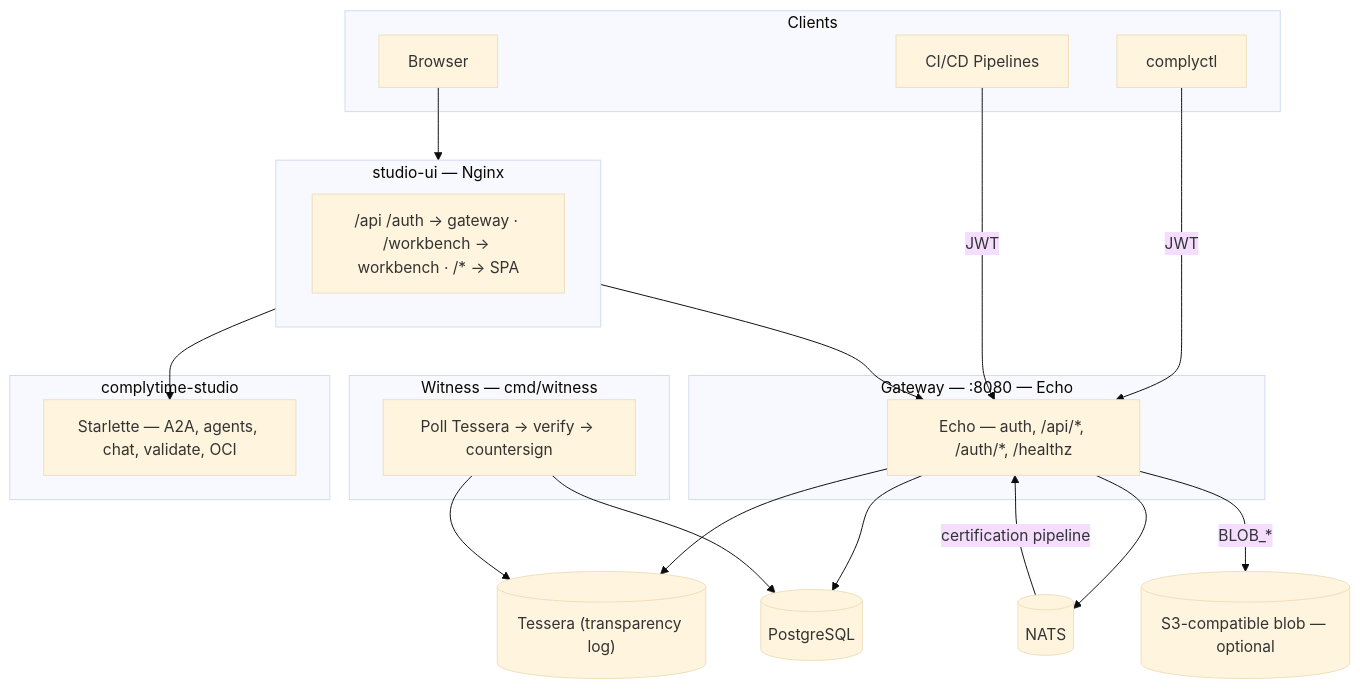
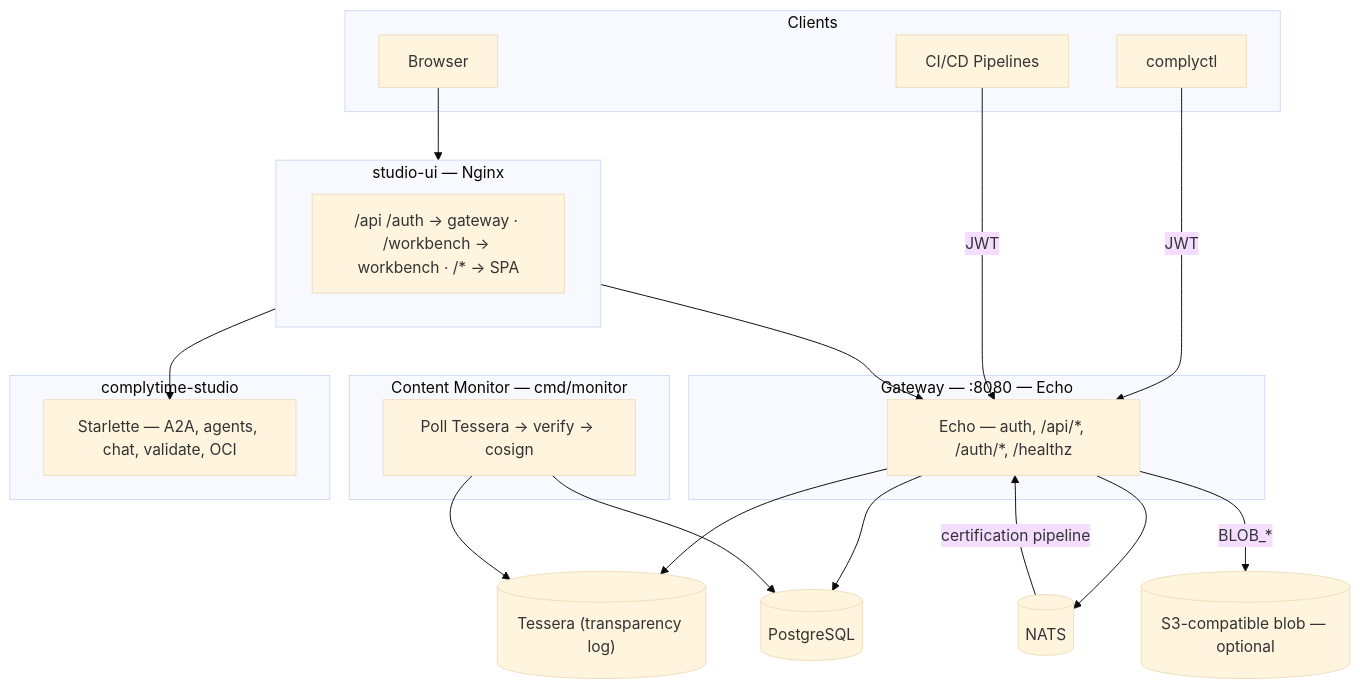
One commit to complytime-labs/complytime-core changed the first of 2 diagrams in docs/architecture.md. Above: the diagram before and after it, drawn with Mermaid (base theme). The commit also changed other lines of this file and 45 other files, not shown here.

````diff
--- a/docs/architecture.md
+++ b/docs/architecture.md
@@ -27,42 +27,42 @@
 ```mermaid
 flowchart TB
   subgraph Clients
     Browser["Browser"]
     complyctl["complyctl"]
     CI["CI/CD Pipelines"]
   end
 
   subgraph Nginx["studio-ui — Nginx"]
     Routes["/api /auth → gateway · /workbench → workbench · /* → SPA"]
   end
 
   subgraph Gateway["Gateway — :8080 — Echo"]
     Echo["Echo — auth, /api/*, /auth/*, /healthz"]
   end
 
   Tessera[("Tessera (transparency log)")]
   PG[("PostgreSQL")]
   NATS[("NATS")]
   Blob[("S3-compatible blob — optional")]
 
-  subgraph Witness["Witness — cmd/witness"]
-    WS["Poll Tessera → verify → countersign"]
+  subgraph Monitor["Content Monitor — cmd/monitor"]
+    WS["Poll Tessera → verify → cosign"]
   end
 
   subgraph Workbench["complytime-studio"]
     WB["Starlette — A2A, agents, chat, validate, OCI"]
   end
 
   Browser --> Nginx
   complyctl -->|"JWT"| Echo
   CI -->|"JWT"| Echo
   Nginx --> Echo
   Nginx --> WB
   Echo --> Tessera
   Echo --> PG
   Echo --> NATS
   Echo -->|"BLOB_*"| Blob
   NATS -->|"certification pipeline"| Echo
   WS --> Tessera
   WS --> PG
 ```
````
